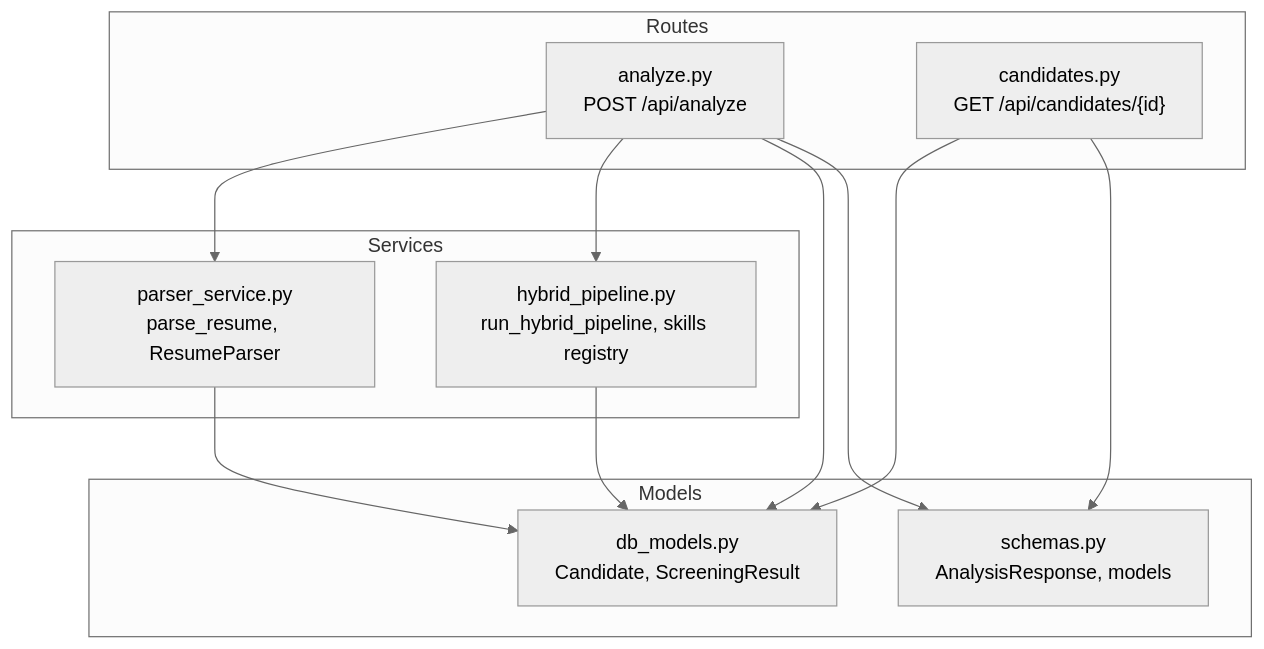
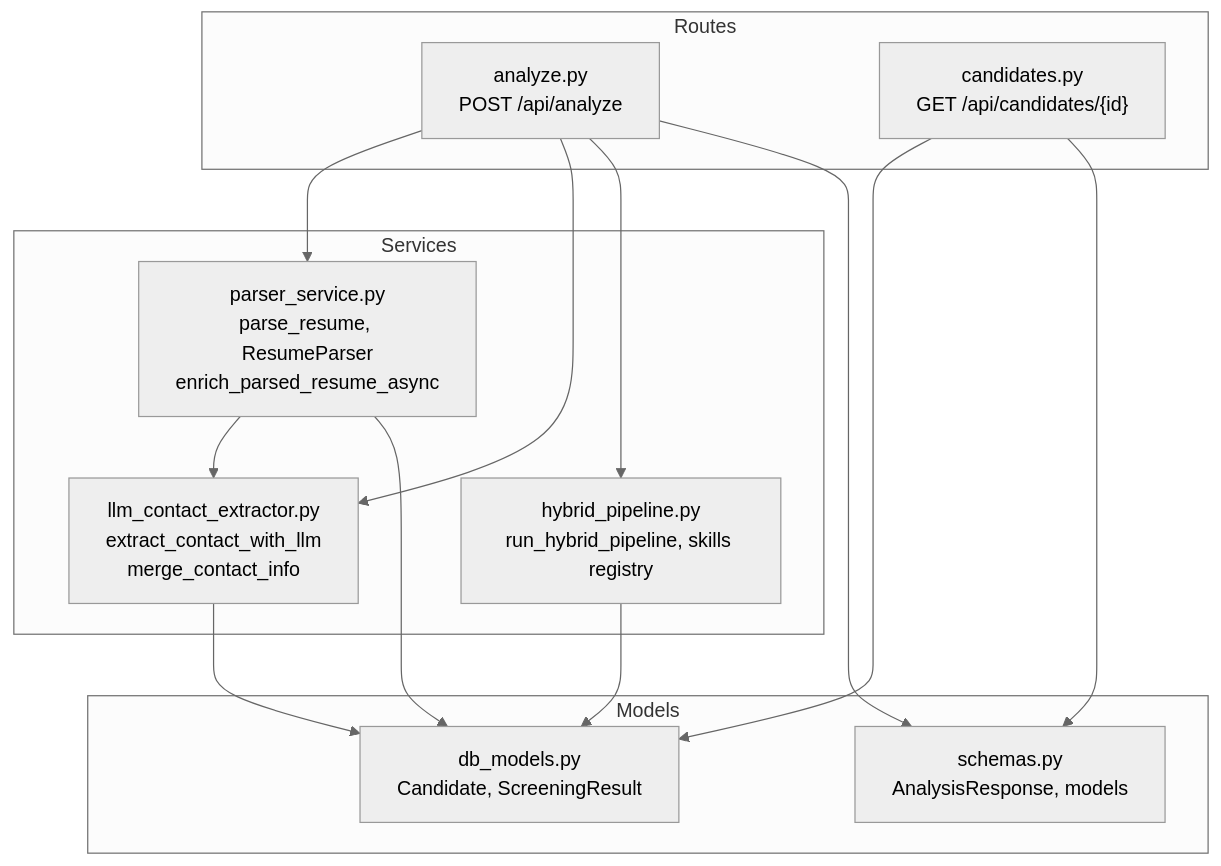
The first of 10 diagrams in .qoder/repowiki/en/content/Candidate Management/Resume Parsing and Extraction.md (Revanththetalogics/aireume), drawn with Mermaid (neutral theme) before and after one commit. The commit also changed other lines of this file and 20 other files, not shown here.

First line of the commit message:
fix: persist complete report data to analysis_result for Candidates page

````diff
--- a/.qoder/repowiki/en/content/Candidate Management/Resume Parsing and Extraction.md
+++ b/.qoder/repowiki/en/content/Candidate Management/Resume Parsing and Extraction.md
@@ -47,23 +50,26 @@
 ```mermaid
 graph TB
 subgraph "Routes"
 A["analyze.py<br/>POST /api/analyze"]
 B["candidates.py<br/>GET /api/candidates/{id}"]
 end
 subgraph "Services"
-C["parser_service.py<br/>parse_resume, ResumeParser"]
-D["hybrid_pipeline.py<br/>run_hybrid_pipeline, skills registry"]
+C["parser_service.py<br/>parse_resume, ResumeParser<br/>enrich_parsed_resume_async"]
+D["llm_contact_extractor.py<br/>extract_contact_with_llm<br/>merge_contact_info"]
+E["hybrid_pipeline.py<br/>run_hybrid_pipeline, skills registry"]
 end
 subgraph "Models"
-E["db_models.py<br/>Candidate, ScreeningResult"]
-F["schemas.py<br/>AnalysisResponse, models"]
+F["db_models.py<br/>Candidate, ScreeningResult"]
+G["schemas.py<br/>AnalysisResponse, models"]
 end
 A --> C
 A --> D
 A --> E
-B --> E
-C --> E
-D --> E
-A --> F
 B --> F
+C --> D
+C --> F
+D --> F
+E --> F
+A --> G
+B --> G
 ```
````
